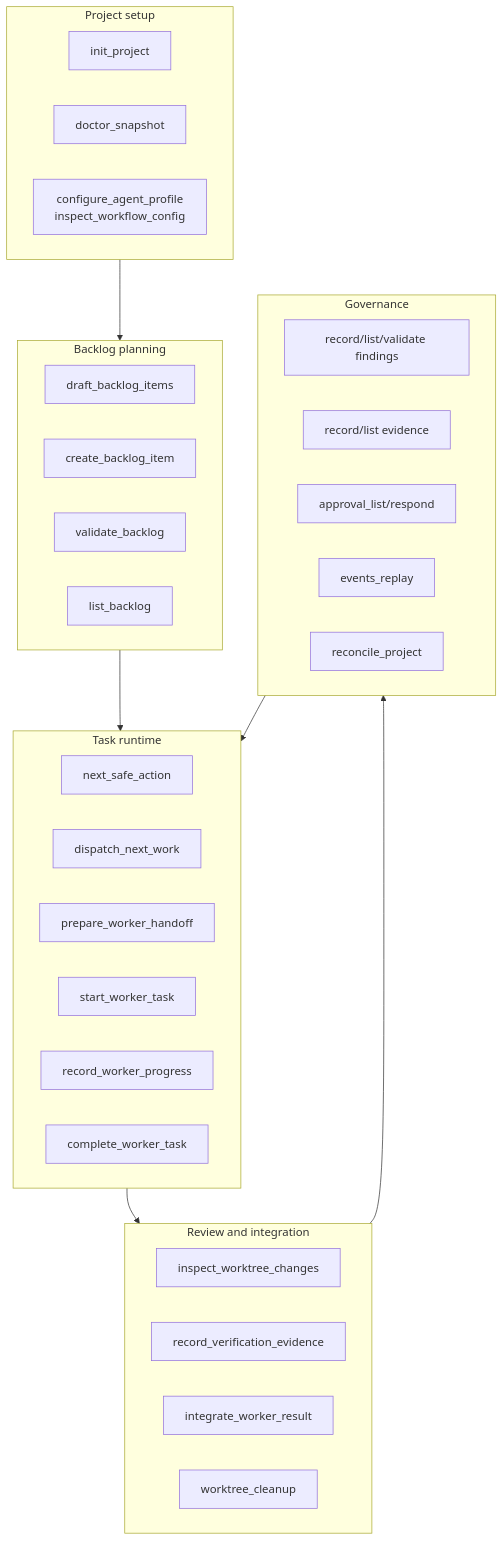
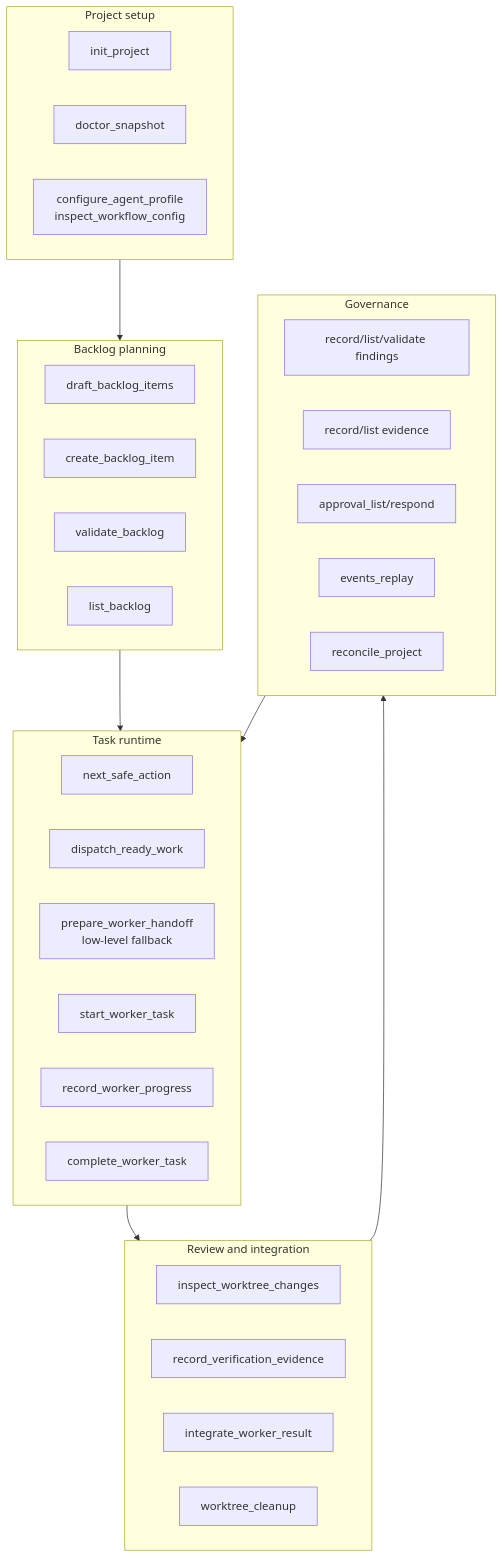
The ninth of 12 diagrams in docs/diagrams.md (junousia/platypus-mcp), drawn with Mermaid before and after one commit. The commit also changed other lines of this file and 11 other files, not shown here.

First line of the commit message:
Add batch dispatch handoff workflow

````diff
--- a/docs/diagrams.md
+++ b/docs/diagrams.md
@@ -265,42 +264,42 @@
 ```mermaid
 flowchart TB
     subgraph Project["Project setup"]
         init["init_project"]
         doctor["doctor_snapshot"]
         config["configure_agent_profile<br/>inspect_workflow_config"]
     end
 
     subgraph Planning["Backlog planning"]
         draft["draft_backlog_items"]
         create["create_backlog_item"]
         validate["validate_backlog"]
         list["list_backlog"]
     end
 
     subgraph Runtime["Task runtime"]
         next["next_safe_action"]
-        dispatch["dispatch_next_work"]
-        handoff["prepare_worker_handoff"]
+        dispatch["dispatch_ready_work"]
+        handoff["prepare_worker_handoff<br/>low-level fallback"]
         start["start_worker_task"]
         progress["record_worker_progress"]
         complete["complete_worker_task"]
     end
 
     subgraph Review["Review and integration"]
         diff["inspect_worktree_changes"]
         verify["record_verification_evidence"]
         integrate["integrate_worker_result"]
         cleanup["worktree_cleanup"]
     end
 
     subgraph Governance["Governance"]
         findings["record/list/validate findings"]
         evidence["record/list evidence"]
         approvals["approval_list/respond"]
         events["events_replay"]
         reconcile["reconcile_project"]
     end
 
     Project --> Planning --> Runtime --> Review --> Governance
     Governance --> Runtime
 ```
````
